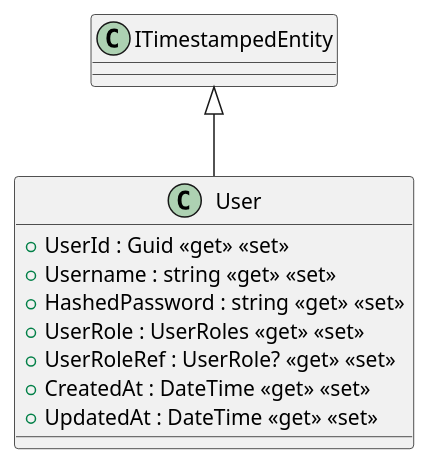
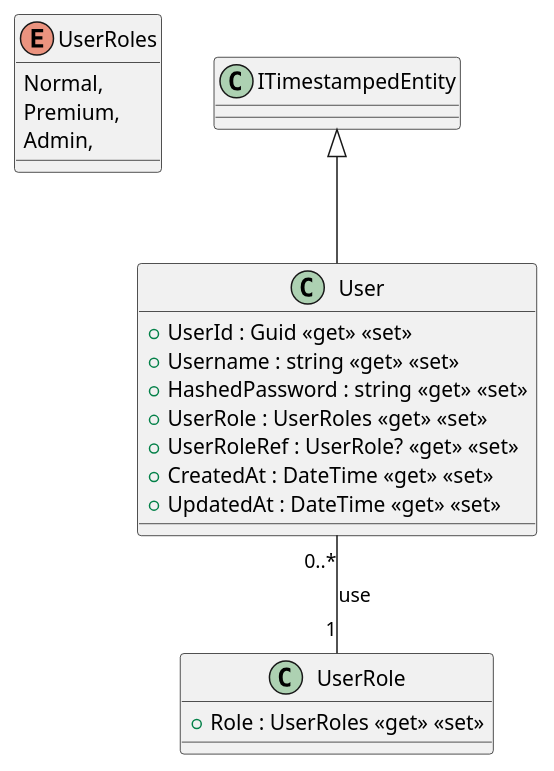
One commit to cutehusky/SoftwareDesignProject changed the diagram in Main/Doc/Models/Entities/User.puml. Above: the diagram before and after it, drawn with PlantUML. The commit also changed 58 other files, not shown here.

```diff
--- a/Main/Doc/Models/Entities/User.puml
+++ b/Main/Doc/Models/Entities/User.puml
@@ -1,12 +1,21 @@
 @startuml
+enum UserRoles {
+    Normal,
+    Premium,
+    Admin,
+}
 class User {
     + UserId : Guid <<get>> <<set>>
     + Username : string <<get>> <<set>>
     + HashedPassword : string <<get>> <<set>>
     + UserRole : UserRoles <<get>> <<set>>
     + UserRoleRef : UserRole? <<get>> <<set>>
     + CreatedAt : DateTime <<get>> <<set>>
     + UpdatedAt : DateTime <<get>> <<set>>
 }
+class UserRole {
+    + Role : UserRoles <<get>> <<set>>
+}
+User "0..*" -- "1" UserRole: "use"
 ITimestampedEntity <|-- User
 @enduml
```
